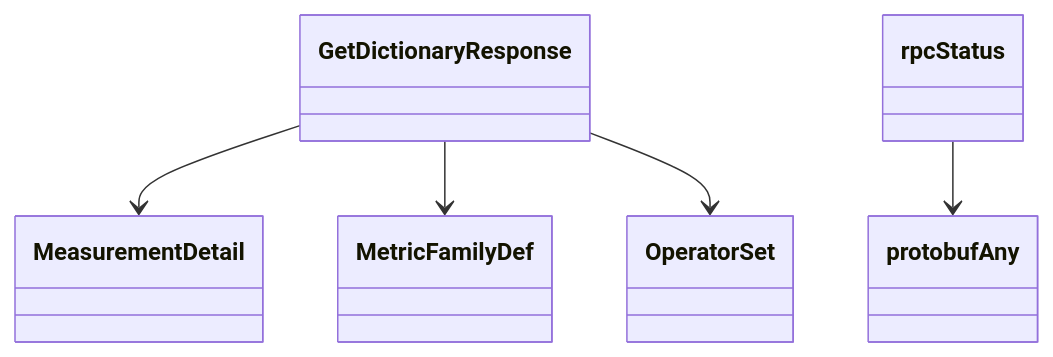
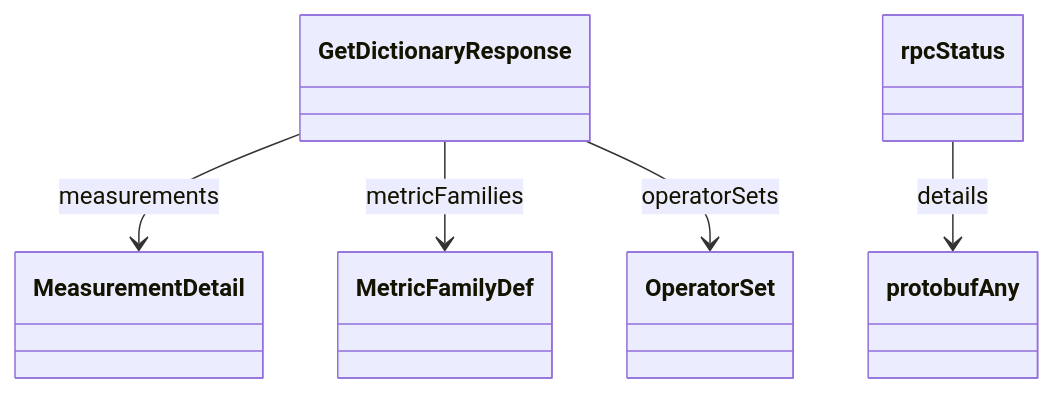
The fourth of 4 diagrams in docs/sphinx/services/dictionary.md (alexdearaujo/community_sdk_python), drawn with Mermaid before and after one commit. The commit also changed other lines of this file and 129 other files, not shown here.

````diff
--- a/docs/sphinx/services/dictionary.md
+++ b/docs/sphinx/services/dictionary.md
@@ -101,13 +122,13 @@
 ```mermaid
 classDiagram
     class GetDictionaryResponse
     class MeasurementDetail
     class MetricFamilyDef
     class OperatorSet
     class protobufAny
     class rpcStatus
-    GetDictionaryResponse --> MeasurementDetail
-    GetDictionaryResponse --> MetricFamilyDef
-    GetDictionaryResponse --> OperatorSet
-    rpcStatus --> protobufAny
+    GetDictionaryResponse --> MeasurementDetail : measurements
+    GetDictionaryResponse --> MetricFamilyDef : metricFamilies
+    GetDictionaryResponse --> OperatorSet : operatorSets
+    rpcStatus --> protobufAny : details
 ```
````
